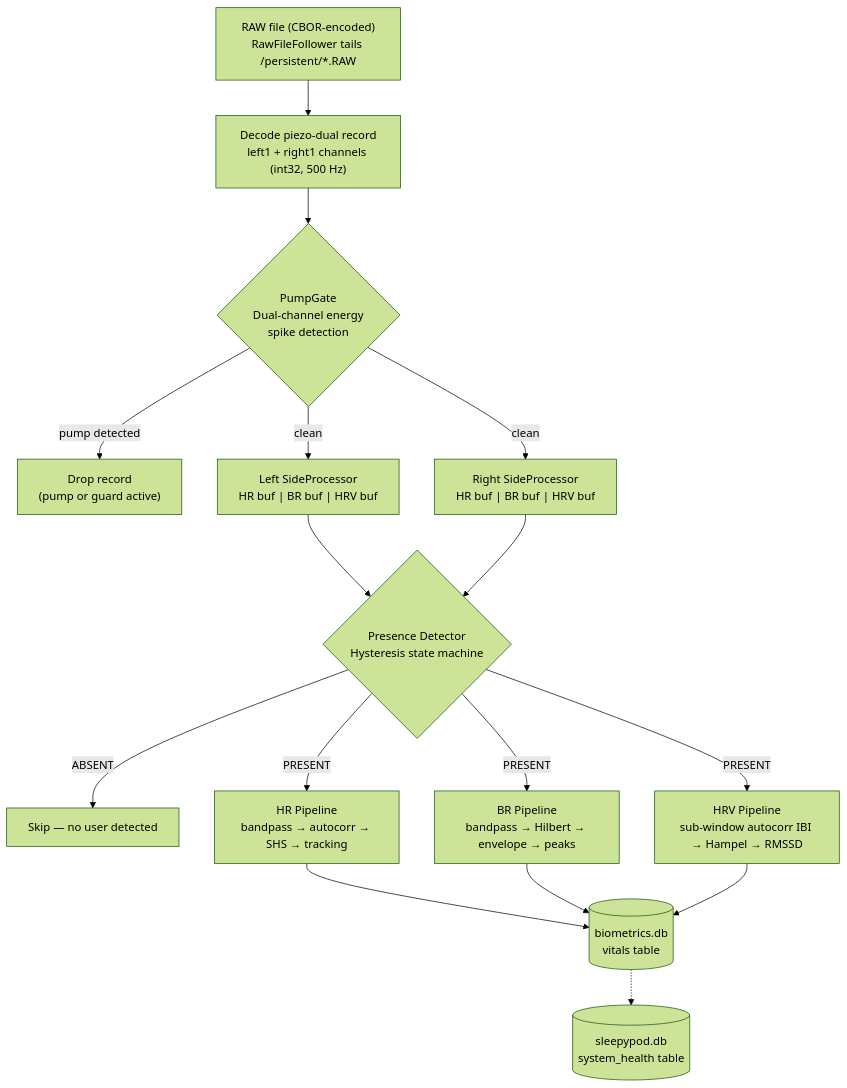
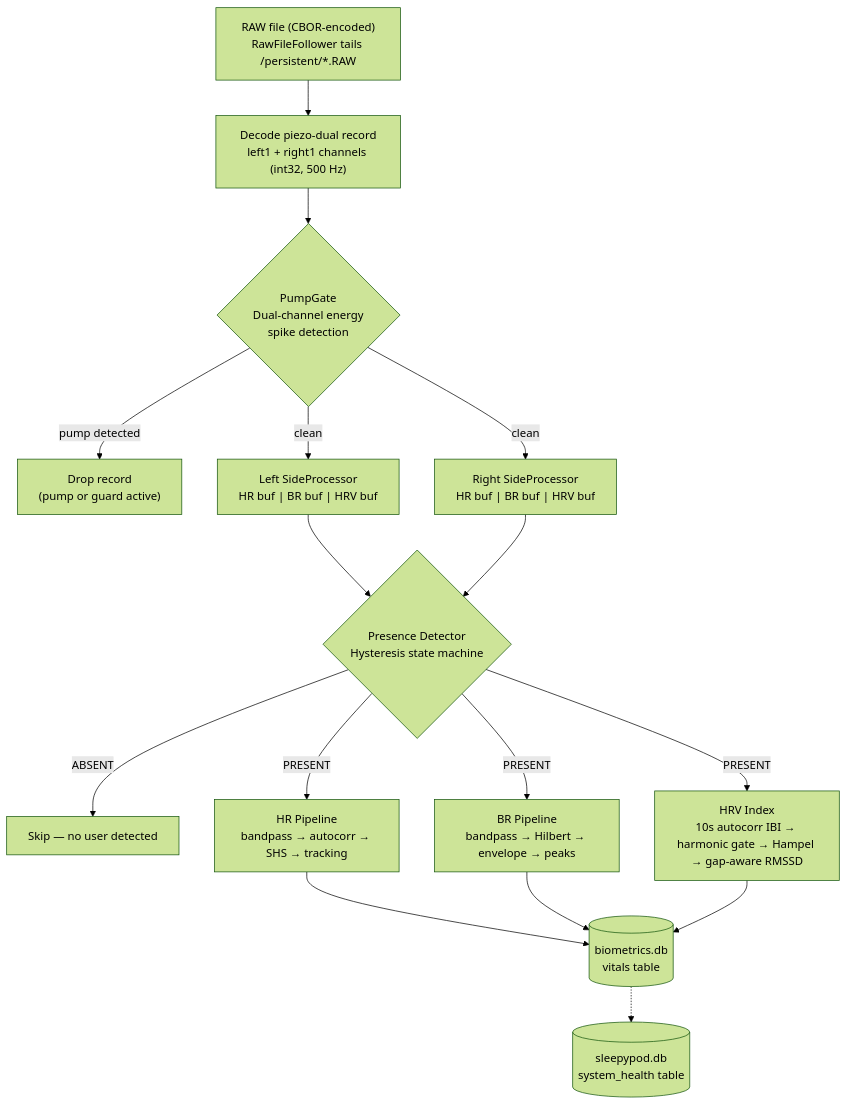
Before and after one commit to sleepypod/core: the first of 3 diagrams in docs/piezo-processor.md, drawn with Mermaid (forest theme). The commit also changed other lines of this file and 4 other files, not shown here.

First line of the commit message:
fix: HRV harmonic gate, 10s windows, rename from RMSSD to HR variability index

````diff
--- a/docs/piezo-processor.md
+++ b/docs/piezo-processor.md
@@ -18,35 +18,35 @@
 ```mermaid
 flowchart TD
     RAW["RAW file (CBOR-encoded)<br/>RawFileFollower tails /persistent/*.RAW"]
     DECODE["Decode piezo-dual record<br/>left1 + right1 channels (int32, 500 Hz)"]
     PUMP{"PumpGate<br/>Dual-channel energy<br/>spike detection"}
     DROP["Drop record<br/>(pump or guard active)"]
     LEFT["Left SideProcessor<br/>HR buf | BR buf | HRV buf"]
     RIGHT["Right SideProcessor<br/>HR buf | BR buf | HRV buf"]
 
     PRES{"Presence Detector<br/>Hysteresis state machine"}
     SKIP["Skip — no user detected"]
 
     HR["HR Pipeline<br/>bandpass → autocorr → SHS → tracking"]
     BR["BR Pipeline<br/>bandpass → Hilbert → envelope → peaks"]
-    HRV["HRV Pipeline<br/>sub-window autocorr IBI → Hampel → RMSSD"]
+    HRV["HRV Index<br/>10s autocorr IBI → harmonic gate → Hampel → gap-aware RMSSD"]
 
     DB[("biometrics.db<br/>vitals table")]
     HEALTH[("sleepypod.db<br/>system_health table")]
 
     RAW --> DECODE
     DECODE --> PUMP
     PUMP -- "pump detected" --> DROP
     PUMP -- "clean" --> LEFT
     PUMP -- "clean" --> RIGHT
     LEFT --> PRES
     RIGHT --> PRES
     PRES -- "ABSENT" --> SKIP
     PRES -- "PRESENT" --> HR
     PRES -- "PRESENT" --> BR
     PRES -- "PRESENT" --> HRV
     HR --> DB
     BR --> DB
     HRV --> DB
     DB -.-> HEALTH
 ```
````
